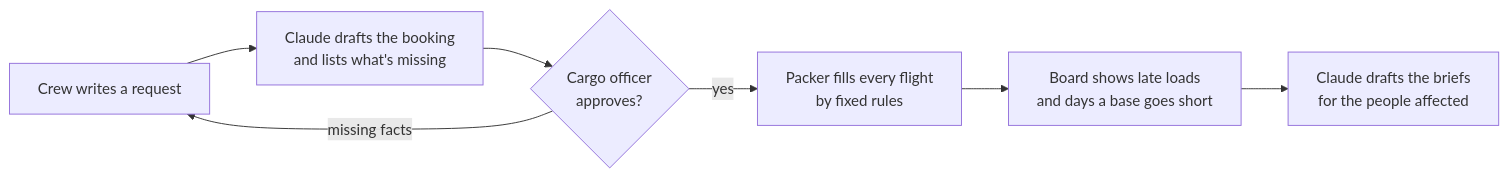
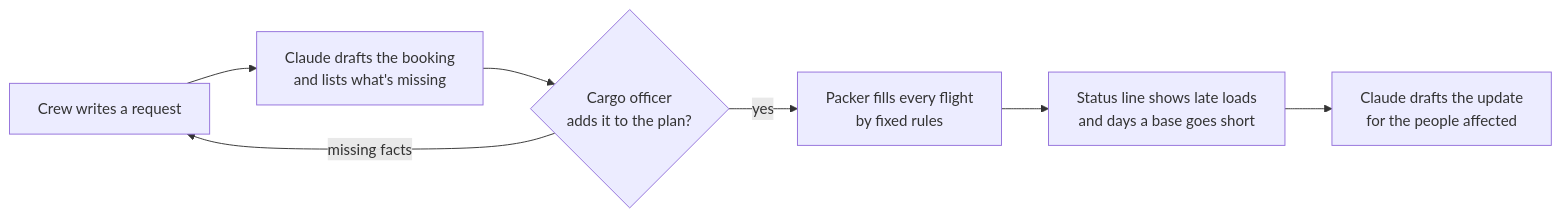
The first of 2 diagrams in README.md (0xNadr/cargo-window), drawn with Mermaid before and after one commit. The commit also changed other lines of this file and 62 other files, not shown here.

````diff
--- a/README.md
+++ b/README.md
@@ -11,9 +15,9 @@
 ```mermaid
 flowchart LR
     A["Crew writes a request"] --> B["Claude drafts the booking<br/>and lists what's missing"]
-    B --> C{"Cargo officer<br/>approves?"}
+    B --> C{"Cargo officer<br/>adds it to the plan?"}
     C -- "yes" --> D["Packer fills every flight<br/>by fixed rules"]
     C -- "missing facts" --> A
-    D --> E["Board shows late loads<br/>and days a base goes short"]
-    E --> F["Claude drafts the briefs<br/>for the people affected"]
+    D --> E["Status line shows late loads<br/>and days a base goes short"]
+    E --> F["Claude drafts the update<br/>for the people affected"]
 ```
````
